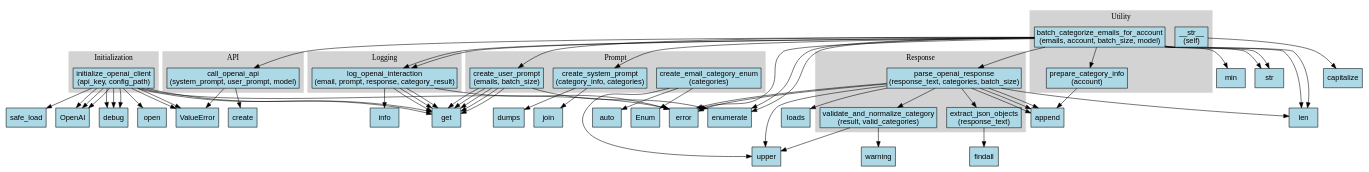
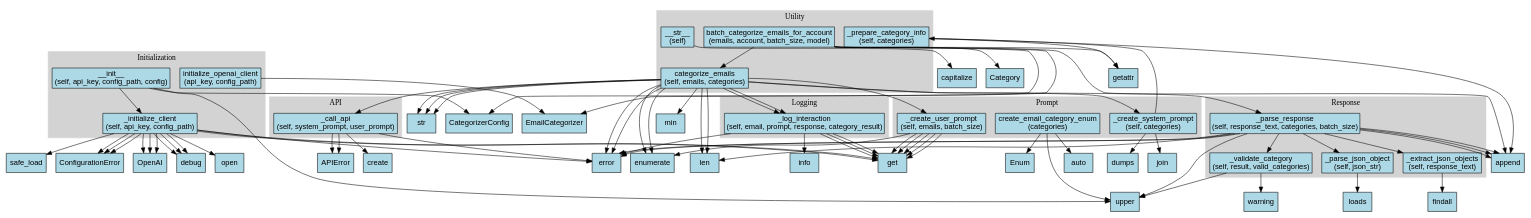
Before and after one commit to tofagerl/emailfilter: the diagram in graphs/categorizer_call_graph.dot, drawn with Graphviz. The commit also changed 2 other files, not shown here.

Commit message:
Update categorizer call graph after refactoring

```diff
--- a/graphs/categorizer_call_graph.dot
+++ b/graphs/categorizer_call_graph.dot
@@ -1,114 +1,135 @@
 digraph G {
   rankdir=TB;
   node [shape=box, style=filled, fillcolor=lightblue, fontname="Arial"];
   edge [fontname="Arial", fontsize=10];
   subgraph cluster_api {
     label="API";
     style=filled;
     color=lightgrey;
     node [style=filled, fillcolor=lightblue];
-    "call_openai_api" [label="call_openai_api\n(system_prompt, user_prompt, model)", tooltip="Call the OpenAI API with the given prompts."];
+    "_call_api" [label="_call_api\n(self, system_prompt, user_prompt)", tooltip="Call the OpenAI API with the given prompts."];
   }
   subgraph cluster_initialization {
     label="Initialization";
     style=filled;
     color=lightgrey;
     node [style=filled, fillcolor=lightblue];
-    "initialize_openai_client" [label="initialize_openai_client\n(api_key, config_path)", tooltip="Initialize the OpenAI client with an API key."];
+    "__init__" [label="__init__\n(self, api_key, config_path, config)", tooltip="Initialize the email categorizer."];
+    "_initialize_client" [label="_initialize_client\n(self, api_key, config_path)", tooltip="Initialize the OpenAI client with an API key."];
+    "initialize_openai_client" [label="initialize_openai_client\n(api_key, config_path)", tooltip="Initialize the OpenAI client (backward compatibility)."];
   }
   subgraph cluster_prompt {
     label="Prompt";
     style=filled;
     color=lightgrey;
     node [style=filled, fillcolor=lightblue];
+    "_create_user_prompt" [label="_create_user_prompt\n(self, emails, batch_size)", tooltip="Create the user prompt for the OpenAI API."];
     "create_email_category_enum" [label="create_email_category_enum\n(categories)", tooltip="Create a dynamic EmailCategory enum with the given categories."];
-    "create_system_prompt" [label="create_system_prompt\n(category_info, categories)", tooltip="Create the system prompt for the OpenAI API."];
-    "create_user_prompt" [label="create_user_prompt\n(emails, batch_size)", tooltip="Create the user prompt for the OpenAI API."];
+    "_create_system_prompt" [label="_create_system_prompt\n(self, categories)", tooltip="Create the system prompt for the OpenAI API."];
   }
   subgraph cluster_response {
     label="Response";
     style=filled;
     color=lightgrey;
     node [style=filled, fillcolor=lightblue];
-    "validate_and_normalize_category" [label="validate_and_normalize_category\n(result, valid_categories)", tooltip="Validate and normalize a category in a result."];
-    "parse_openai_response" [label="parse_openai_response\n(response_text, categories, batch_size)", tooltip="Parse the OpenAI API response."];
-    "extract_json_objects" [label="extract_json_objects\n(response_text)", tooltip="Extract JSON objects from a text response."];
+    "_parse_response" [label="_parse_response\n(self, response_text, categories, batch_size)", tooltip="Parse the OpenAI API response."];
+    "_validate_category" [label="_validate_category\n(self, result, valid_categories)", tooltip="Validate and normalize a category in a result."];
+    "_parse_json_object" [label="_parse_json_object\n(self, json_str)", tooltip="Parse a JSON object string."];
+    "_extract_json_objects" [label="_extract_json_objects\n(self, response_text)", tooltip="Extract JSON objects from a text response."];
   }
   subgraph cluster_utility {
     label="Utility";
     style=filled;
     color=lightgrey;
     node [style=filled, fillcolor=lightblue];
-    "prepare_category_info" [label="prepare_category_info\n(account)", tooltip="Extract category information from an account."];
-    "batch_categorize_emails_for_account" [label="batch_categorize_emails_for_account\n(emails, account, batch_size, model)", tooltip="Categorize a batch of emails for a specific account."];
     "__str__" [label="__str__\n(self)", tooltip=""];
+    "batch_categorize_emails_for_account" [label="batch_categorize_emails_for_account\n(emails, account, batch_size, model)", tooltip="Categorize emails for an account (backward compatibility)."];
+    "_prepare_category_info" [label="_prepare_category_info\n(self, categories)", tooltip="Extract category information."];
+    "categorize_emails" [label="categorize_emails\n(self, emails, categories)", tooltip="Categorize a batch of emails."];
   }
   subgraph cluster_logging {
     label="Logging";
     style=filled;
     color=lightgrey;
     node [style=filled, fillcolor=lightblue];
-    "log_openai_interaction" [label="log_openai_interaction\n(email, prompt, response, category_result)", tooltip="Log OpenAI API interaction for debugging."];
+    "_log_interaction" [label="_log_interaction\n(self, email, prompt, response, category_result)", tooltip="Log OpenAI API interaction for debugging."];
   }
-  "initialize_openai_client" -> "OpenAI";
-  "initialize_openai_client" -> "debug";
-  "initialize_openai_client" -> "open";
-  "initialize_openai_client" -> "safe_load";
-  "initialize_openai_client" -> "get";
-  "initialize_openai_client" -> "ValueError";
-  "initialize_openai_client" -> "OpenAI";
-  "initialize_openai_client" -> "debug";
-  "initialize_openai_client" -> "error";
-  "initialize_openai_client" -> "get";
-  "initialize_openai_client" -> "OpenAI";
-  "initialize_openai_client" -> "debug";
-  "initialize_openai_client" -> "ValueError";
-  "log_openai_interaction" -> "info";
-  "log_openai_interaction" -> "get";
-  "log_openai_interaction" -> "get";
-  "log_openai_interaction" -> "get";
-  "log_openai_interaction" -> "error";
-  "prepare_category_info" -> "append";
-  "create_system_prompt" -> "dumps";
-  "create_system_prompt" -> "join";
-  "create_user_prompt" -> "enumerate";
-  "create_user_prompt" -> "get";
-  "create_user_prompt" -> "get";
-  "create_user_prompt" -> "get";
-  "create_user_prompt" -> "get";
-  "create_user_prompt" -> "get";
-  "call_openai_api" -> "ValueError";
-  "call_openai_api" -> "create";
-  "extract_json_objects" -> "findall";
-  "validate_and_normalize_category" -> "upper";
-  "validate_and_normalize_category" -> "warning";
-  "parse_openai_response" -> "extract_json_objects";
-  "parse_openai_response" -> "upper";
-  "parse_openai_response" -> "loads";
-  "parse_openai_response" -> "validate_and_normalize_category";
-  "parse_openai_response" -> "append";
-  "parse_openai_response" -> "error";
-  "parse_openai_response" -> "append";
-  "parse_openai_response" -> "error";
-  "parse_openai_response" -> "len";
-  "parse_openai_response" -> "append";
-  "batch_categorize_emails_for_account" -> "min";
-  "batch_categorize_emails_for_account" -> "len";
-  "batch_categorize_emails_for_account" -> "prepare_category_info";
-  "batch_categorize_emails_for_account" -> "create_system_prompt";
-  "batch_categorize_emails_for_account" -> "create_user_prompt";
-  "batch_categorize_emails_for_account" -> "call_openai_api";
-  "batch_categorize_emails_for_account" -> "parse_openai_response";
-  "batch_categorize_emails_for_account" -> "enumerate";
-  "batch_categorize_emails_for_account" -> "len";
-  "batch_categorize_emails_for_account" -> "log_openai_interaction";
-  "batch_categorize_emails_for_account" -> "error";
-  "batch_categorize_emails_for_account" -> "str";
-  "batch_categorize_emails_for_account" -> "enumerate";
-  "batch_categorize_emails_for_account" -> "log_openai_interaction";
-  "batch_categorize_emails_for_account" -> "str";
+  "__init__" -> "upper";
+  "__init__" -> "CategorizerConfig";
+  "__init__" -> "_initialize_client";
+  "_initialize_client" -> "OpenAI";
+  "_initialize_client" -> "debug";
+  "_initialize_client" -> "open";
+  "_initialize_client" -> "safe_load";
+  "_initialize_client" -> "get";
+  "_initialize_client" -> "ConfigurationError";
+  "_initialize_client" -> "OpenAI";
+  "_initialize_client" -> "debug";
+  "_initialize_client" -> "error";
+  "_initialize_client" -> "ConfigurationError";
+  "_initialize_client" -> "get";
+  "_initialize_client" -> "OpenAI";
+  "_initialize_client" -> "debug";
+  "_initialize_client" -> "ConfigurationError";
+  "_log_interaction" -> "info";
+  "_log_interaction" -> "get";
+  "_log_interaction" -> "get";
+  "_log_interaction" -> "get";
+  "_log_interaction" -> "error";
+  "_prepare_category_info" -> "append";
+  "_prepare_category_info" -> "getattr";
+  "_create_system_prompt" -> "_prepare_category_info";
+  "_create_system_prompt" -> "dumps";
+  "_create_system_prompt" -> "join";
+  "_create_user_prompt" -> "enumerate";
+  "_create_user_prompt" -> "get";
+  "_create_user_prompt" -> "get";
+  "_create_user_prompt" -> "get";
+  "_create_user_prompt" -> "get";
+  "_create_user_prompt" -> "get";
+  "_call_api" -> "APIError";
+  "_call_api" -> "create";
+  "_call_api" -> "error";
+  "_call_api" -> "APIError";
+  "_extract_json_objects" -> "findall";
+  "_parse_json_object" -> "loads";
+  "_validate_category" -> "upper";
+  "_validate_category" -> "warning";
+  "_parse_response" -> "_extract_json_objects";
+  "_parse_response" -> "upper";
+  "_parse_response" -> "_parse_json_object";
+  "_parse_response" -> "_validate_category";
+  "_parse_response" -> "append";
+  "_parse_response" -> "error";
+  "_parse_response" -> "append";
+  "_parse_response" -> "error";
+  "_parse_response" -> "len";
+  "_parse_response" -> "append";
+  "categorize_emails" -> "min";
+  "categorize_emails" -> "len";
+  "categorize_emails" -> "_create_system_prompt";
+  "categorize_emails" -> "_create_user_prompt";
+  "categorize_emails" -> "_call_api";
+  "categorize_emails" -> "_parse_response";
+  "categorize_emails" -> "enumerate";
+  "categorize_emails" -> "len";
+  "categorize_emails" -> "_log_interaction";
+  "categorize_emails" -> "error";
+  "categorize_emails" -> "str";
+  "categorize_emails" -> "enumerate";
+  "categorize_emails" -> "_log_interaction";
+  "categorize_emails" -> "str";
+  "categorize_emails" -> "error";
+  "categorize_emails" -> "str";
   "create_email_category_enum" -> "upper";
   "create_email_category_enum" -> "auto";
   "create_email_category_enum" -> "Enum";
   "__str__" -> "capitalize";
+  "initialize_openai_client" -> "EmailCategorizer";
+  "batch_categorize_emails_for_account" -> "EmailCategorizer";
+  "batch_categorize_emails_for_account" -> "CategorizerConfig";
+  "batch_categorize_emails_for_account" -> "append";
+  "batch_categorize_emails_for_account" -> "Category";
+  "batch_categorize_emails_for_account" -> "getattr";
+  "batch_categorize_emails_for_account" -> "categorize_emails";
 }
```
